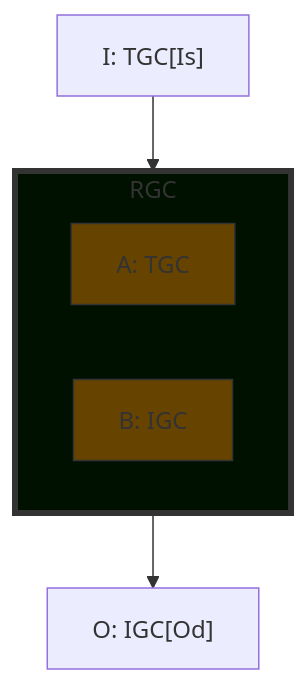
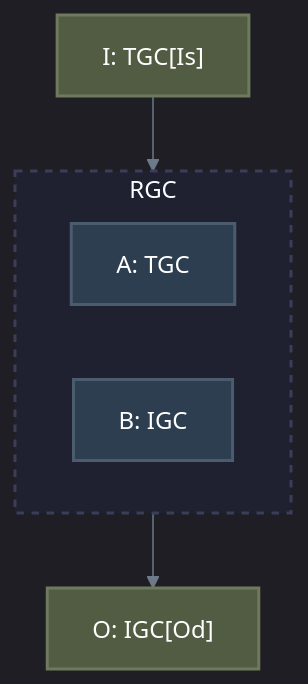
One commit to Shapedsundew9/erasmus-gp changed the second of 6 diagrams in docs/components/core/physics/insertion.md. Above: the diagram before and after it, drawn with Mermaid. The commit also changed other lines of this file and 21 other files, not shown here.

First line of the commit message:
Enhance Mermaid Diagrams and Color Consistency Across Documentation

````diff
--- a/docs/components/core/physics/insertion.md
+++ b/docs/components/core/physics/insertion.md
@@ -76,21 +79,24 @@
 ```mermaid
-%% Insertion Case 1: Inverse Stack
+%%{init: { 'theme': 'dark', 'themeVariables': { 'lineColor': '#6c7a89', 'textColor': '#edf2f4', 'mainBkg': '#2b2d42', 'primaryBorderColor': '#4a4e69' }}}%%
 flowchart TB
-    I["I: TGC[Is]"]
+    %% Base/Default (Dark Slate)
+    classDef default fill:#2b2d42,stroke:#4a4e69,stroke-width:2px,color:#edf2f4
+    classDef dataBlue fill:#3a506b,stroke:#5c6b73,stroke-width:2px,color:#ffffff
+    classDef dataGreen fill:#425c52,stroke:#5d7a6f,stroke-width:2px,color:#ffffff
+    classDef dataGold fill:#6e6246,stroke:#8f8160,stroke-width:2px,color:#ffffff
+    classDef dataTeal fill:#3b5e60,stroke:#5b7a7c,stroke-width:2px,color:#ffffff
+    classDef dataOlive fill:#525c42,stroke:#6f7a5d,stroke-width:2px,color:#ffffff
+    classDef dataNavy fill:#2c3e50,stroke:#4a5c6e,stroke-width:2px,color:#ffffff
+    classDef zonePrimary fill:#1f2130,stroke:#3a3e59,stroke-width:2px,stroke-dasharray: 5 5
+
+    I["I: TGC[Is]"]:::dataOlive
     subgraph RGC
         direction LR
-        GCA["A: TGC"]
-        GCB["B: IGC"]
+        GCA["A: TGC"]:::dataNavy
+        GCB["B: IGC"]:::dataNavy
     end
-    O["O: IGC[Od]"]
+    O["O: IGC[Od]"]:::dataOlive
     I --> RGC --> O
 
-classDef newGC fill:#010,stroke:#333,stroke-width:4px
-classDef newRow fill:#010,stroke:#333,stroke-width:1px
-classDef modified fill:#640,stroke:#333,stroke-width:1px
-classDef unchanged fill:#000,stroke:#333,stroke-width:1px
-
-class RGC newGC
-class GCA modified
-class GCB modified
+    class RGC zonePrimary
 ```
````
